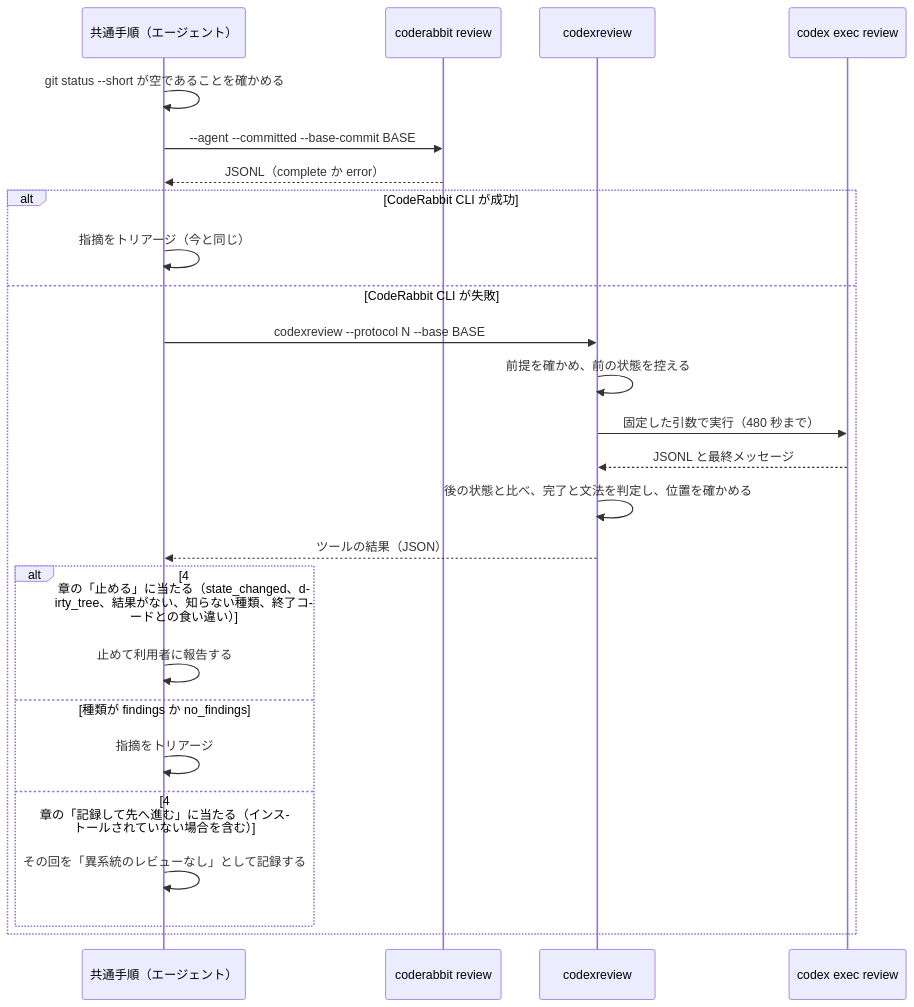
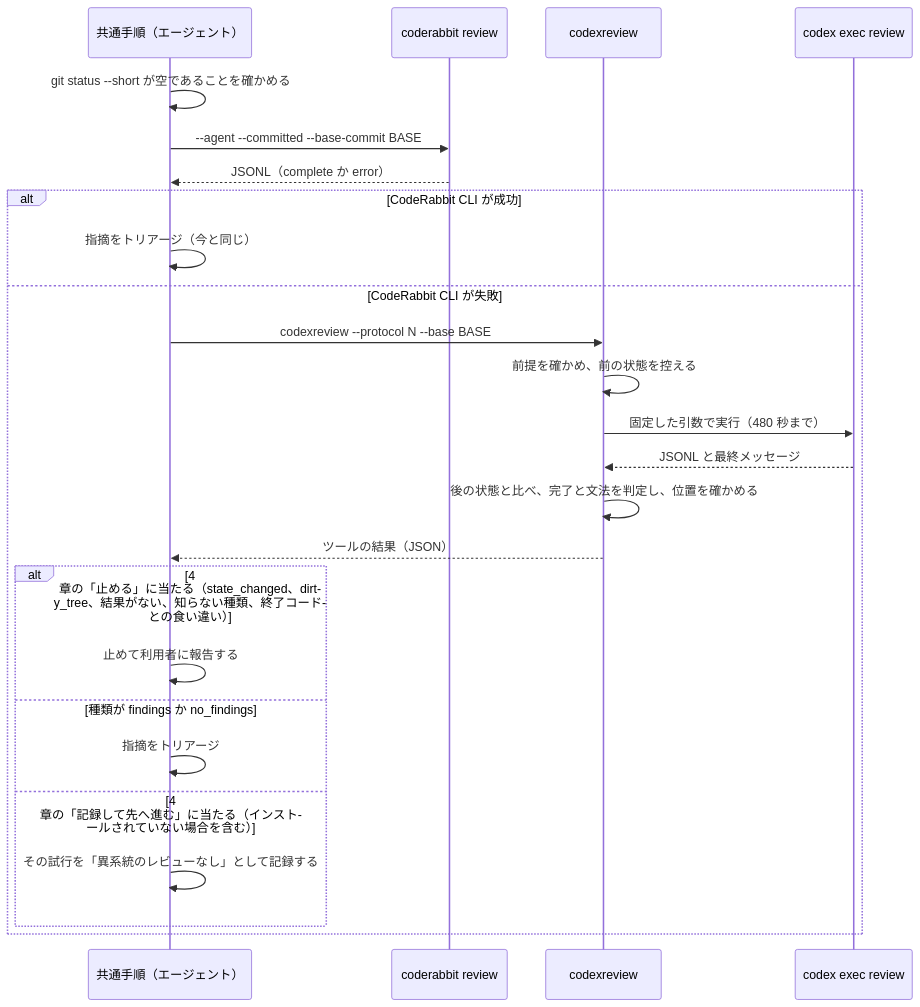
One commit to isseis/yt2column changed the third of 5 diagrams in docs/tasks/0049_codex_local_review/02_architecture.md. Above: the diagram before and after it, drawn with Mermaid. The commit also changed other lines of this file and 2 other files, not shown here.

````diff
--- a/docs/tasks/0049_codex_local_review/02_architecture.md
+++ b/docs/tasks/0049_codex_local_review/02_architecture.md
@@ -227,28 +227,28 @@
 ```mermaid
 sequenceDiagram
     participant P as 共通手順（エージェント）
     participant CR as coderabbit review
     participant T as codexreview
     participant CX as codex exec review
 
     P->>P: git status --short が空であることを確かめる
     P->>CR: --agent --committed --base-commit BASE
     CR-->>P: JSONL（complete か error）
     alt CodeRabbit CLI が成功
         P->>P: 指摘をトリアージ（今と同じ）
     else CodeRabbit CLI が失敗
         P->>T: codexreview --protocol N --base BASE
         T->>T: 前提を確かめ、前の状態を控える
         T->>CX: 固定した引数で実行（480 秒まで）
         CX-->>T: JSONL と最終メッセージ
         T->>T: 後の状態と比べ、完了と文法を判定し、位置を確かめる
         T-->>P: ツールの結果（JSON）
         alt 4 章の「止める」に当たる（state_changed、dirty_tree、結果がない、知らない種類、終了コードとの食い違い）
             P->>P: 止めて利用者に報告する
         else 種類が findings か no_findings
             P->>P: 指摘をトリアージ
         else 4 章の「記録して先へ進む」に当たる（インストールされていない場合を含む）
-            P->>P: その回を「異系統のレビューなし」として記録する
+            P->>P: その試行を「異系統のレビューなし」として記録する
         end
     end
 ```
````
